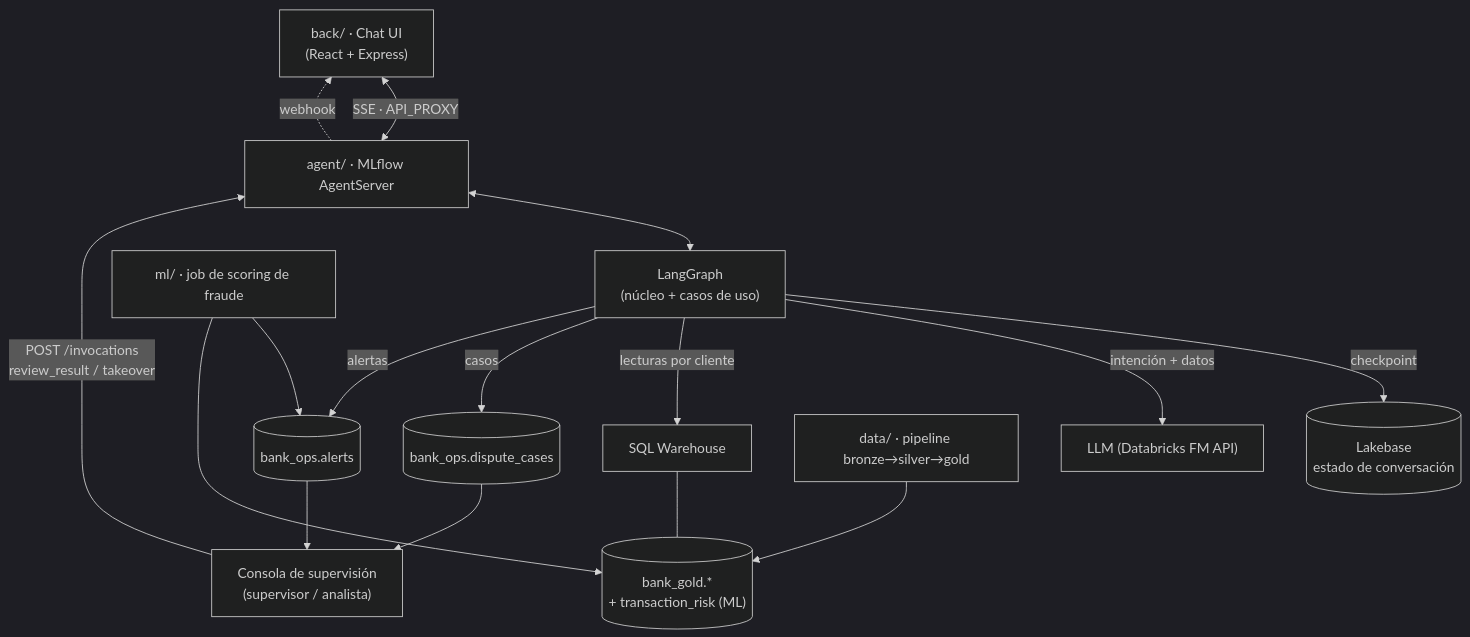
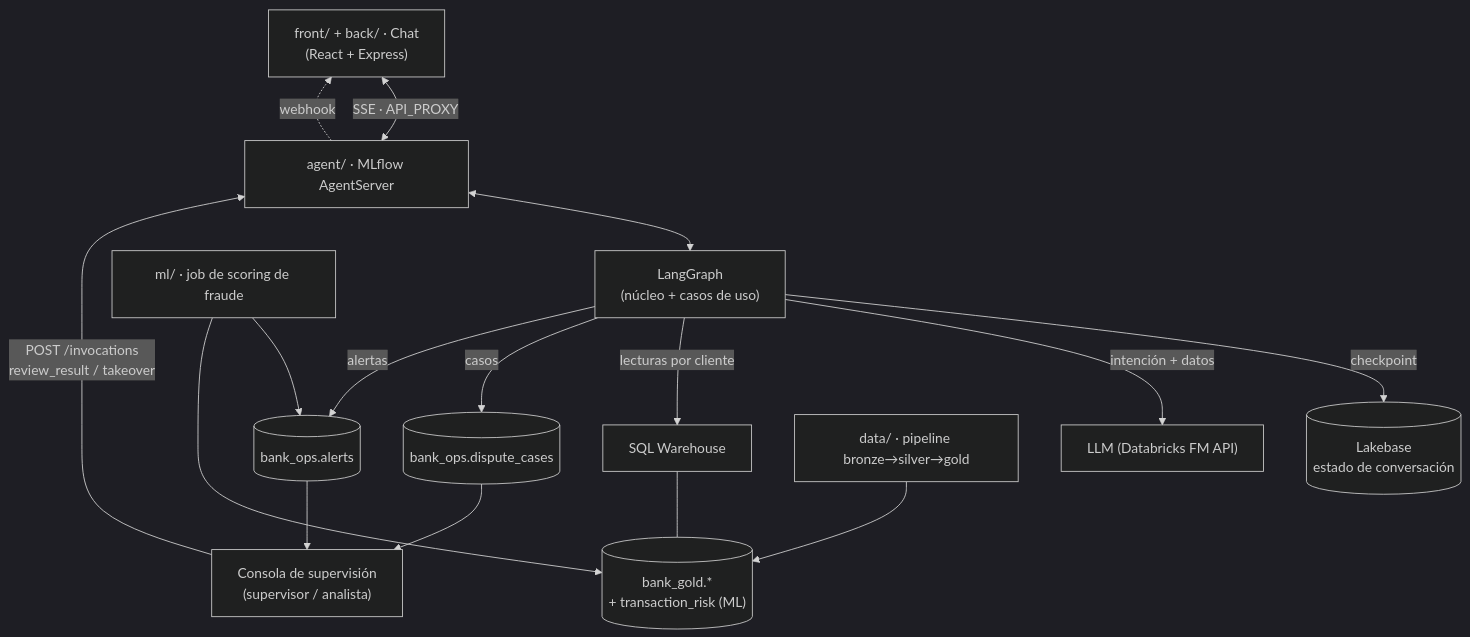
The first of 4 diagrams in docs/agent_architecture.md (pqbas/factored-hackathon-2026-zenit), drawn with Mermaid (dark theme) before and after one commit. The commit also changed 90 other files, not shown here.

First line of the commit message:
Split chat into front/ (React UI) and back/ (Express server)

````diff
--- a/docs/agent_architecture.md
+++ b/docs/agent_architecture.md
@@ -15,18 +15,18 @@
 ```mermaid
 flowchart TB
-    UI["back/ · Chat UI<br/>(React + Express)"] <-->|"SSE · API_PROXY"| AS["agent/ · MLflow AgentServer"]
+    UI["front/ + back/ · Chat<br/>(React + Express)"] <-->|"SSE · API_PROXY"| AS["agent/ · MLflow AgentServer"]
     AS <--> G["LangGraph<br/>(núcleo + casos de uso)"]
     G -->|checkpoint| LB[("Lakebase<br/>estado de conversación")]
     G -->|intención + datos| LLM["LLM (Databricks FM API)"]
     G -->|lecturas por cliente| WH["SQL Warehouse"]
     WH --- GOLD[("bank_gold.*<br/>+ transaction_risk (ML)")]
     G -->|casos| OPS[("bank_ops.dispute_cases")]
     G -->|alertas| AL[("bank_ops.alerts")]
     ML --> AL
     AL --> CON["Consola de supervisión<br/>(supervisor / analista)"]
     OPS --> CON
     CON -->|"POST /invocations<br/>review_result / takeover"| AS
     AS -.->|webhook| UI
     DATA["data/ · pipeline bronze→silver→gold"] --> GOLD
     ML["ml/ · job de scoring de fraude"] --> GOLD
 ```
````
